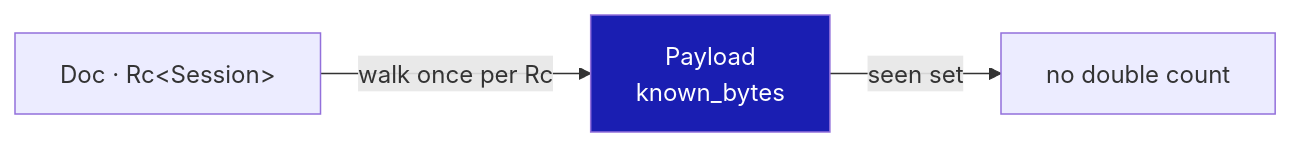
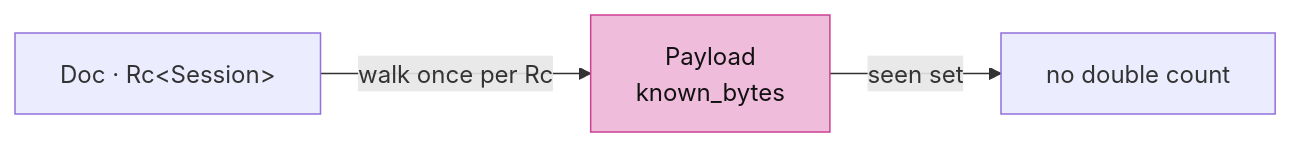
The third of 5 diagrams in session_viewer/docs/16-accounting.md (petrasvestartas/session), drawn with Mermaid before and after one commit. The commit also changed other lines of this file and 23 other files, not shown here.

Commit message:
Course: Mermaid nodes white with black text, highlighted nodes pink, white arrows and edge labels on the black ground

````diff
--- a/session_viewer/docs/16-accounting.md
+++ b/session_viewer/docs/16-accounting.md
@@ -41,6 +41,6 @@
 ```mermaid
 flowchart LR
     D["Doc · Rc&lt;Session&gt;"] -- "walk once per Rc" --> P["Payload<br/>known_bytes"]
     P -- "seen set" --> U["no double count"]
-    style P fill:#1a1eb2,color:#fff
+    style P fill:#f0bcdb,stroke:#ce4095,color:#111
 ```
````
